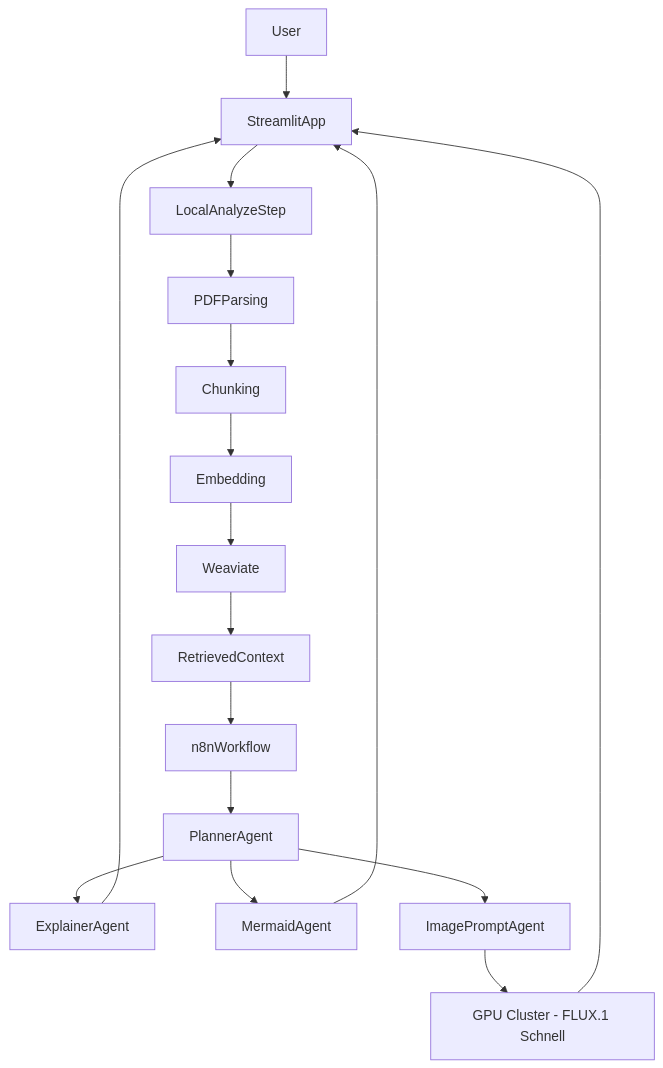
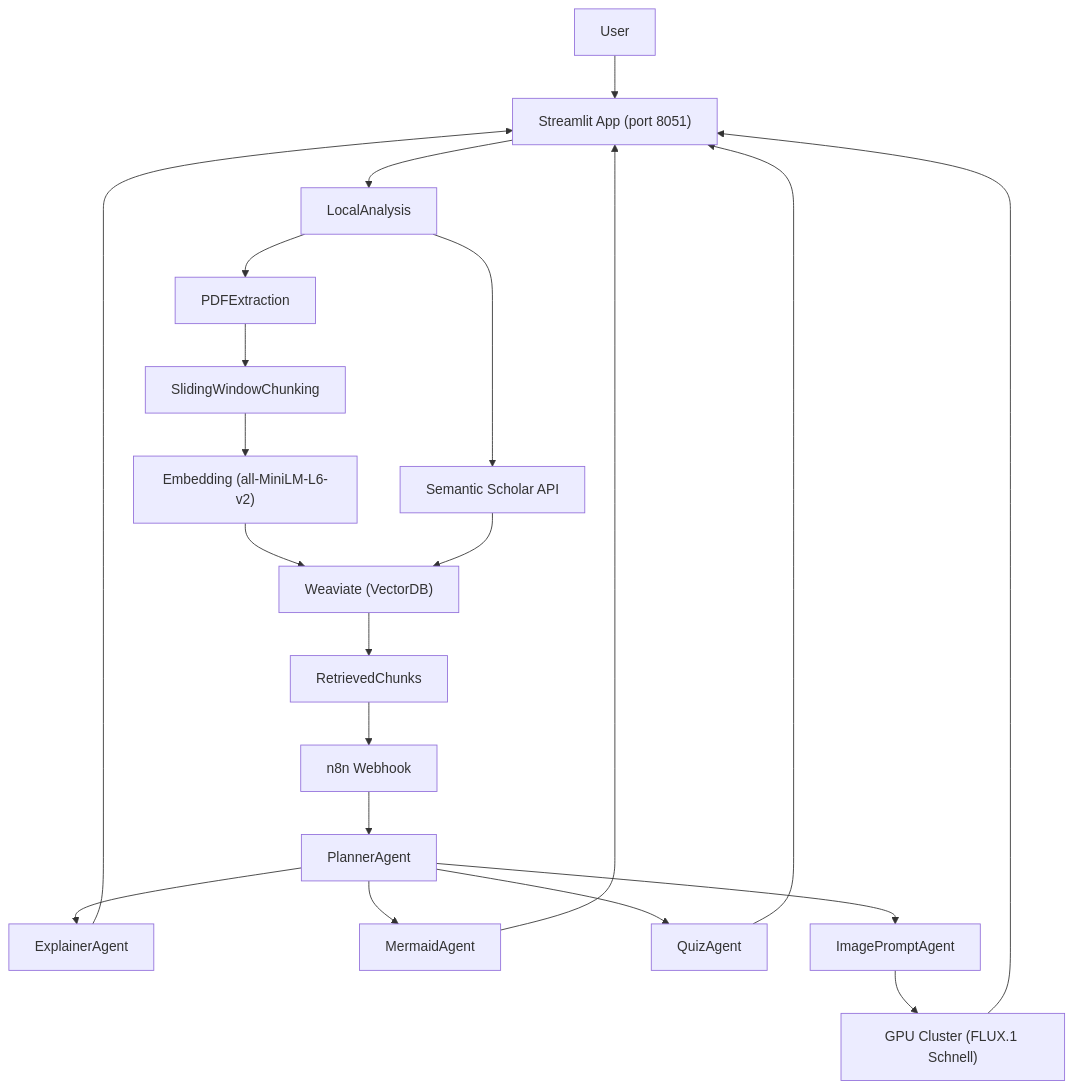
Before and after one commit to Danispeed/arpx: the diagram in README.md, drawn with Mermaid. The commit also changed other lines of this file and 5 other files, not shown here.

````diff
--- a/README.md
+++ b/README.md
@@ -101,19 +27,23 @@
 ```mermaid
 graph TD
-User[User] --> UI[StreamlitApp]
-UI --> Analyze[LocalAnalyzeStep]
-Analyze --> Parse[PDFParsing]
-Parse --> Chunk[Chunking]
-Chunk --> Embed[Embedding]
-Embed --> WDB[Weaviate]
-WDB --> Context[RetrievedContext]
-Context --> N8N[n8nWorkflow]
+User[User] --> UI["Streamlit App (port 8051)"]
+UI --> Analyze[LocalAnalysis]
+Analyze --> Parse[PDFExtraction]
+Parse --> Chunk[SlidingWindowChunking]
+Chunk --> Embed["Embedding (all-MiniLM-L6-v2)"]
+Embed --> WDB["Weaviate (VectorDB)"]
+Analyze --> Scholar["Semantic Scholar API"]
+Scholar --> WDB
+WDB --> Context[RetrievedChunks]
+Context --> N8N["n8n Webhook"]
 N8N --> Planner[PlannerAgent]
 Planner --> Explain[ExplainerAgent]
 Planner --> Diagram[MermaidAgent]
+Planner --> Quiz[QuizAgent]
 Planner --> ImgPrompt[ImagePromptAgent]
-ImgPrompt --> GPU[GPU Cluster - FLUX.1 Schnell]
+ImgPrompt --> GPU["GPU Cluster (FLUX.1 Schnell)"]
 Explain --> UI
 Diagram --> UI
+Quiz --> UI
 GPU --> UI
 ```
````
